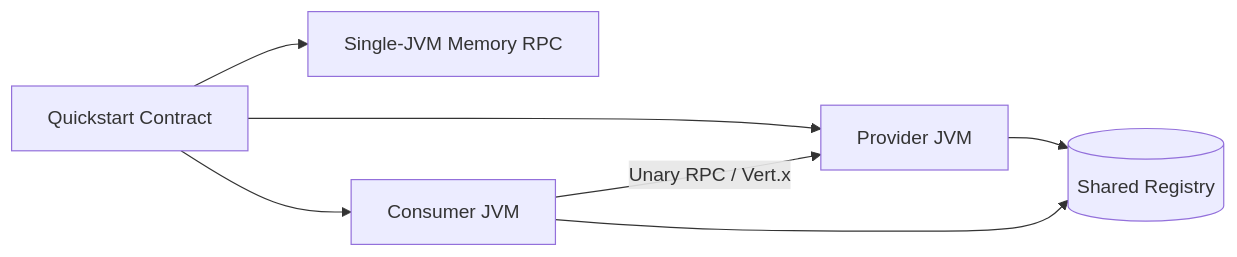
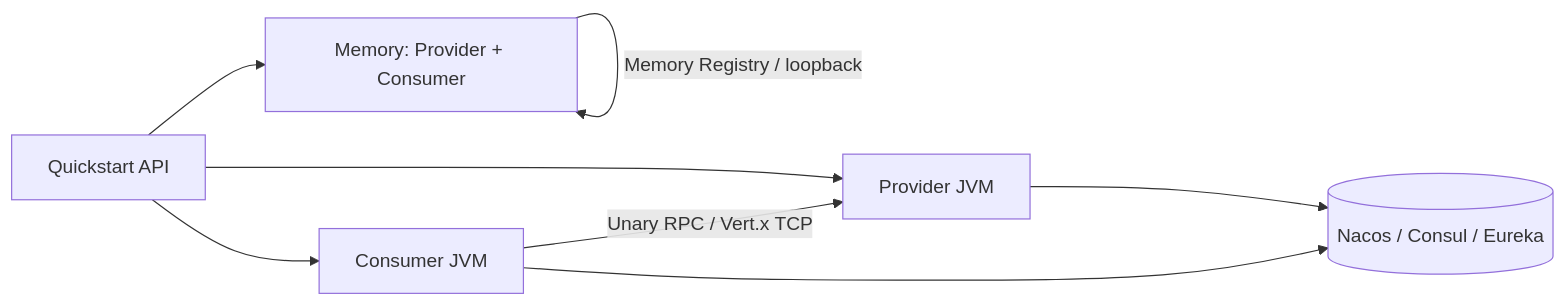
One commit to Ryan-Guizhou/otryx-rpc changed the first of 3 diagrams in otryx-quickstart/README.en-US.md. Above: the diagram before and after it, drawn with Mermaid. The commit also changed other lines of this file and 28 other files, not shown here.

Commit message:
feat(quickstart): complete application registry scenarios (#138)

````diff
--- a/otryx-quickstart/README.en-US.md
+++ b/otryx-quickstart/README.en-US.md
@@ -17,9 +21,10 @@
 ```mermaid
 flowchart LR
-    API[Quickstart Contract] --> Memory[Single-JVM Memory RPC]
-    API --> Provider[Provider JVM]
-    API --> Consumer[Consumer JVM]
-    Provider --> Nacos[(Shared Registry)]
-    Consumer --> Nacos
-    Consumer -->|Unary RPC / Vert.x| Provider
+    A[Quickstart API] --> M["Memory: Provider + Consumer"]
+    A --> P[Provider JVM]
+    A --> C[Consumer JVM]
+    P --> N[(Nacos / Consul / Eureka)]
+    C --> N
+    C -->|Unary RPC / Vert.x TCP| P
+    M -->|Memory Registry / loopback| M
 ```
````
